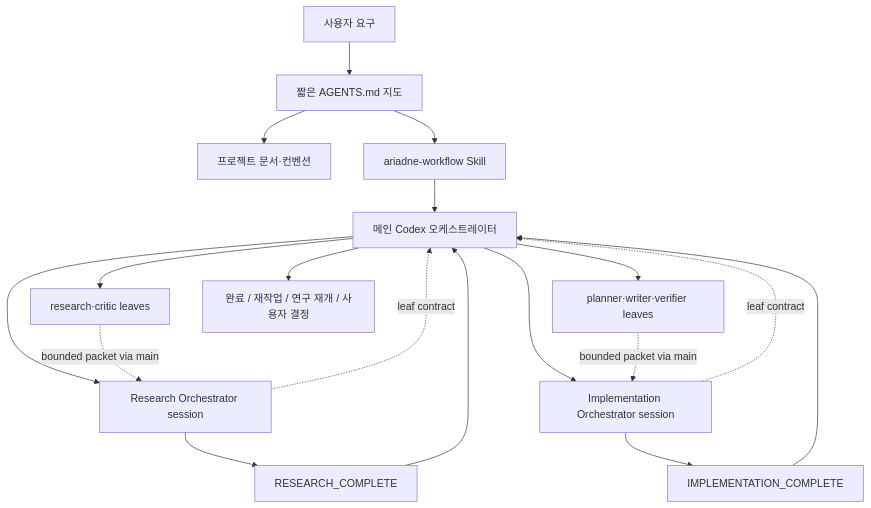
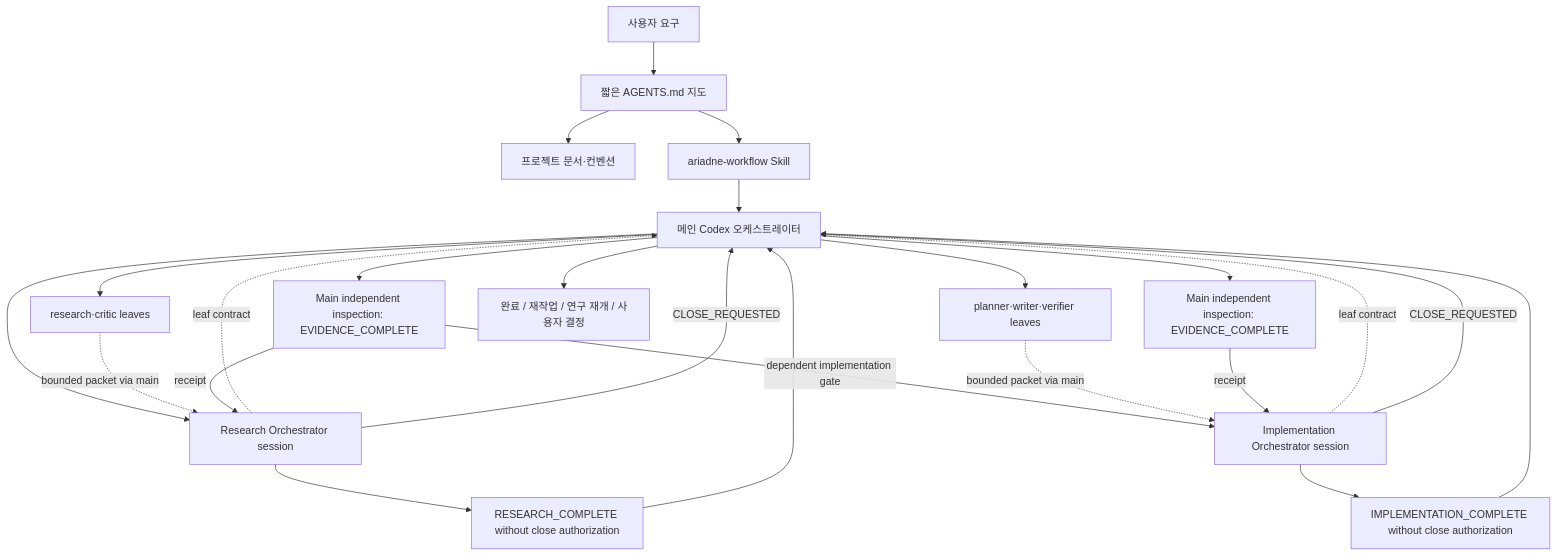
The diagram in docs/architecture.md (SungKong00/ariadne-forge), drawn with Mermaid before and after one commit. The commit also changed other lines of this file and 9 other files, not shown here.

````diff
--- a/docs/architecture.md
+++ b/docs/architecture.md
@@ -17,20 +17,26 @@
 ```mermaid
 flowchart TB
     U["사용자 요구"] --> A["짧은 AGENTS.md 지도"]
     A --> D["프로젝트 문서·컨벤션"]
     A --> S["ariadne-workflow Skill"]
     S --> M["메인 Codex 오케스트레이터"]
     M --> R["Research Orchestrator session"]
     R -. "leaf contract" .-> M
     M --> RL["research·critic leaves"]
     RL -. "bounded packet via main" .-> R
-    R --> RP["RESEARCH_COMPLETE"]
+    R --> RP["RESEARCH_COMPLETE without close authorization"]
     RP --> M
-    M --> I["Implementation Orchestrator session"]
+    M --> RE["Main independent inspection: EVIDENCE_COMPLETE"]
+    RE -->|"receipt"| R
+    R -->|"CLOSE_REQUESTED"| M
+    RE -->|"dependent implementation gate"| I["Implementation Orchestrator session"]
     I -. "leaf contract" .-> M
     M --> IL["planner·writer·verifier leaves"]
     IL -. "bounded packet via main" .-> I
-    I --> IP["IMPLEMENTATION_COMPLETE"]
+    I --> IP["IMPLEMENTATION_COMPLETE without close authorization"]
     IP --> M
+    M --> IE["Main independent inspection: EVIDENCE_COMPLETE"]
+    IE -->|"receipt"| I
+    I -->|"CLOSE_REQUESTED"| M
     M --> O["완료 / 재작업 / 연구 재개 / 사용자 결정"]
 ```
````
